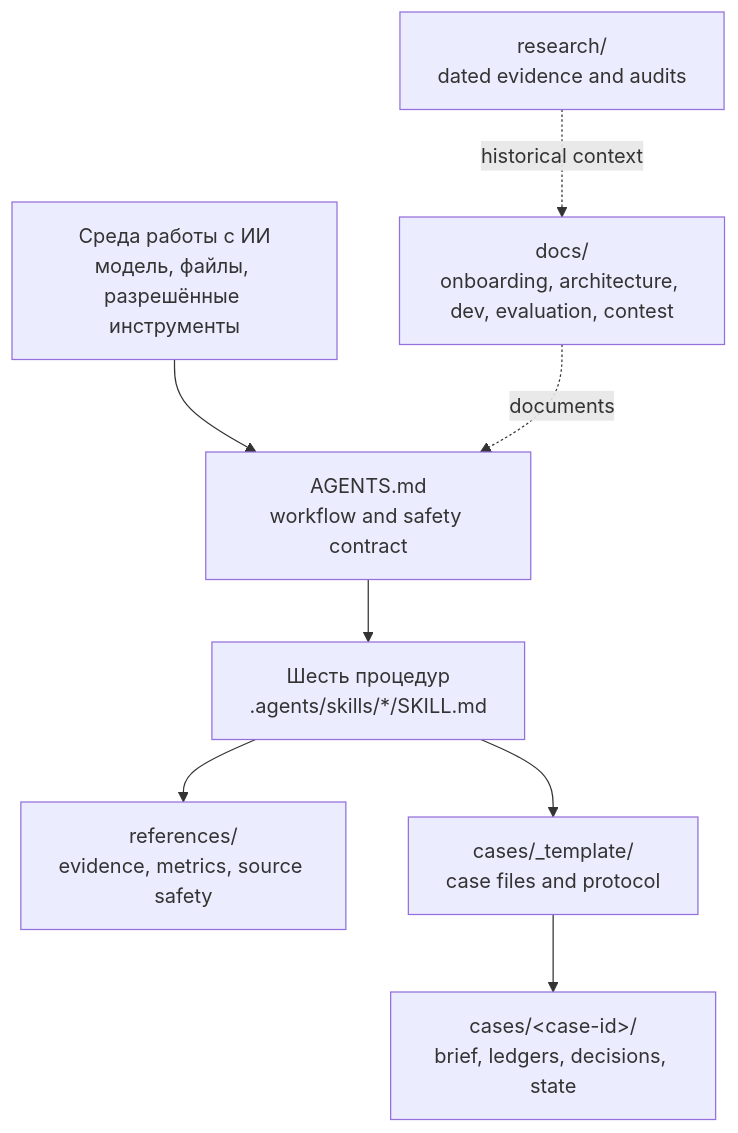
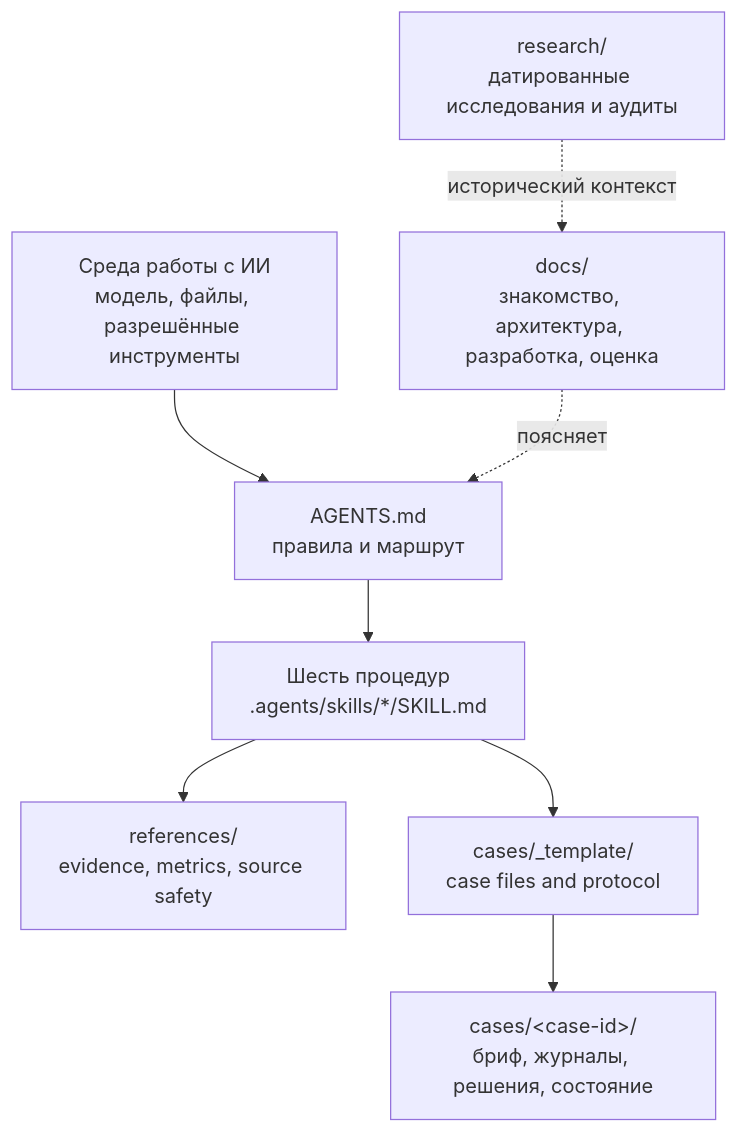
One commit to EdYaRdx/megafon_hack changed the first of 2 diagrams in docs/architecture.md. Above: the diagram before and after it, drawn with Mermaid. The commit also changed other lines of this file and 8 other files, not shown here.

````diff
--- a/docs/architecture.md
+++ b/docs/architecture.md
@@ -11,10 +11,10 @@
 ```mermaid
 flowchart TB
-  H[Среда работы с ИИ<br/>модель, файлы, разрешённые инструменты] --> G[AGENTS.md<br/>workflow and safety contract]
+  H[Среда работы с ИИ<br/>модель, файлы, разрешённые инструменты] --> G[AGENTS.md<br/>правила и маршрут]
   G --> S[Шесть процедур<br/>.agents/skills/*/SKILL.md]
   S --> R[references/<br/>evidence, metrics, source safety]
   S --> T[cases/_template/<br/>case files and protocol]
-  T --> C[cases/&lt;case-id&gt;/<br/>brief, ledgers, decisions, state]
-  D[docs/<br/>onboarding, architecture, dev, evaluation, contest] -. documents .-> G
-  A[research/<br/>dated evidence and audits] -. historical context .-> D
+  T --> C[cases/&lt;case-id&gt;/<br/>бриф, журналы, решения, состояние]
+  D[docs/<br/>знакомство, архитектура, разработка, оценка] -. поясняет .-> G
+  A[research/<br/>датированные исследования и аудиты] -. исторический контекст .-> D
 ```
````
